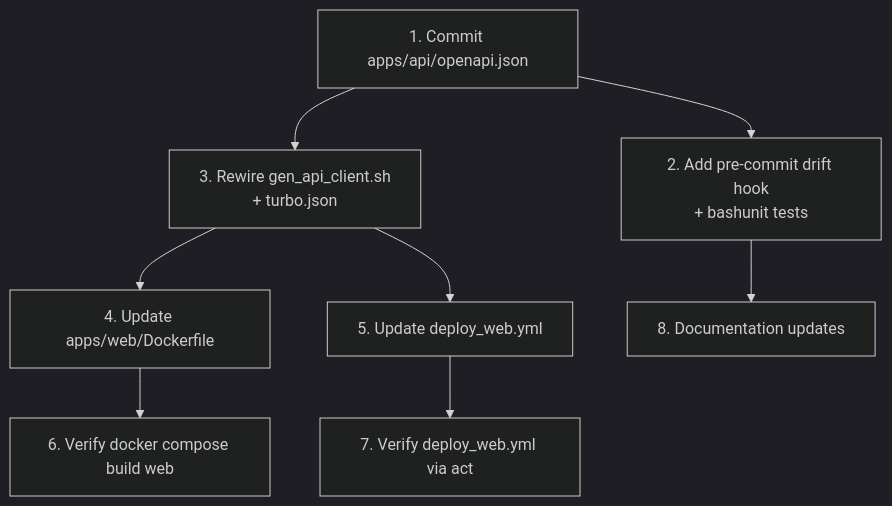
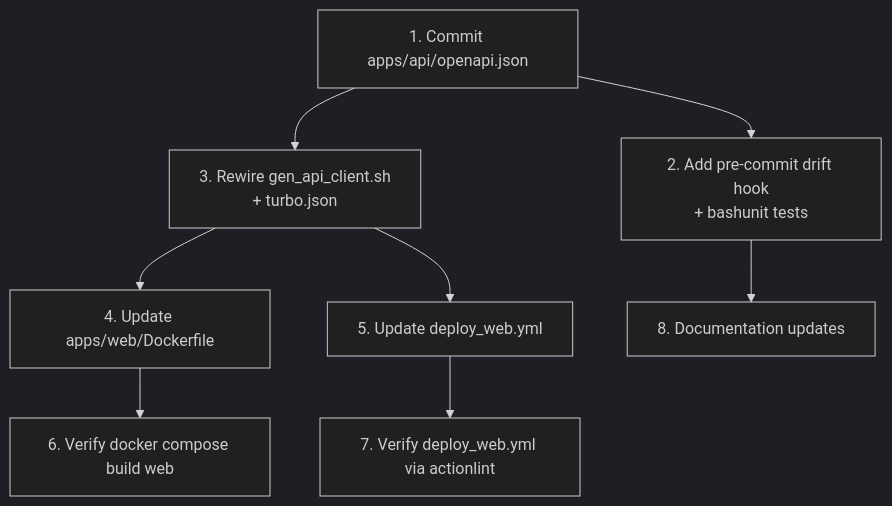
One commit to token-overflow/tokenoverflow changed the second of 2 diagrams in docs/design/2026_05_24_openapi_spec_distribution.md. Above: the diagram before and after it, drawn with Mermaid (dark theme). The commit also changed other lines of this file and 21 other files, not shown here.

First line of the commit message:
Replace act with actionlint; exclude docs from path filters

````diff
--- a/docs/design/2026_05_24_openapi_spec_distribution.md
+++ b/docs/design/2026_05_24_openapi_spec_distribution.md
@@ -877,10 +870,10 @@
 ```mermaid
 flowchart TD
     T1[1. Commit apps/api/openapi.json] --> T2[2. Add pre-commit drift hook<br/>+ bashunit tests]
     T1 --> T3[3. Rewire gen_api_client.sh<br/>+ turbo.json]
     T3 --> T4[4. Update apps/web/Dockerfile]
     T3 --> T5[5. Update deploy_web.yml]
     T4 --> T6[6. Verify docker compose build web]
-    T5 --> T7[7. Verify deploy_web.yml via act]
+    T5 --> T7[7. Verify deploy_web.yml via actionlint]
     T2 --> T8[8. Documentation updates]
 ```
````
